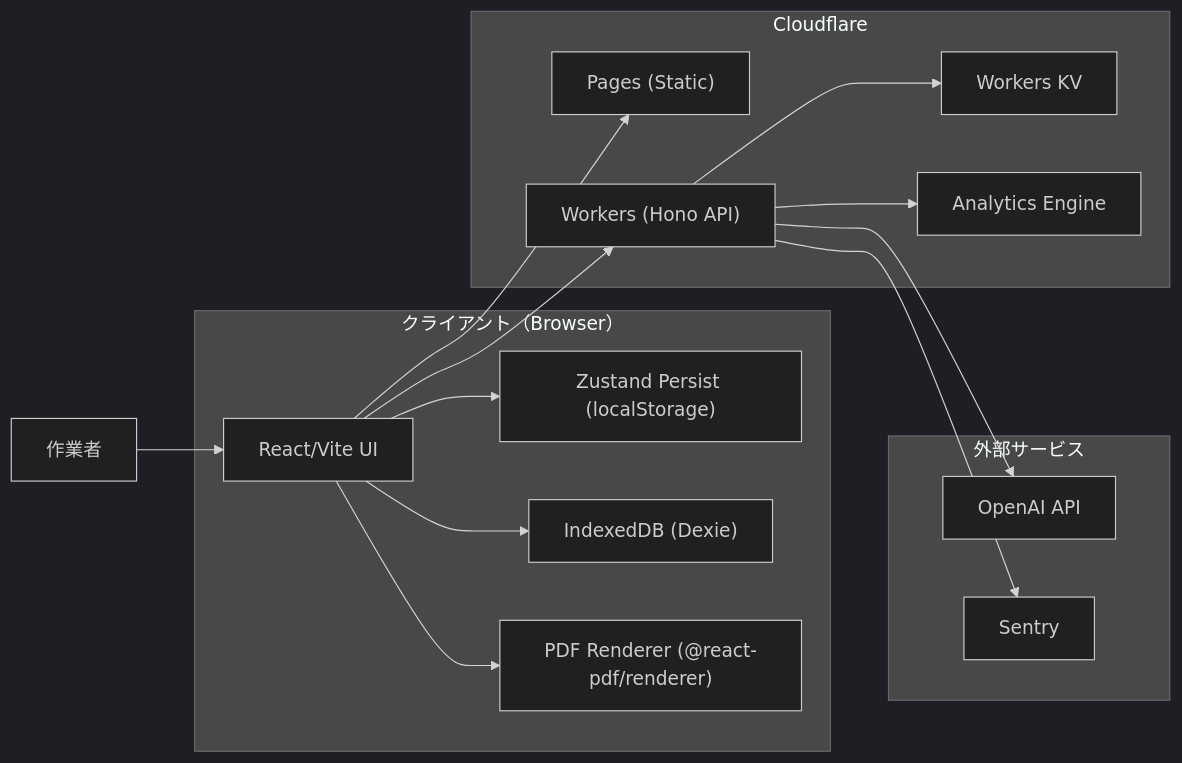
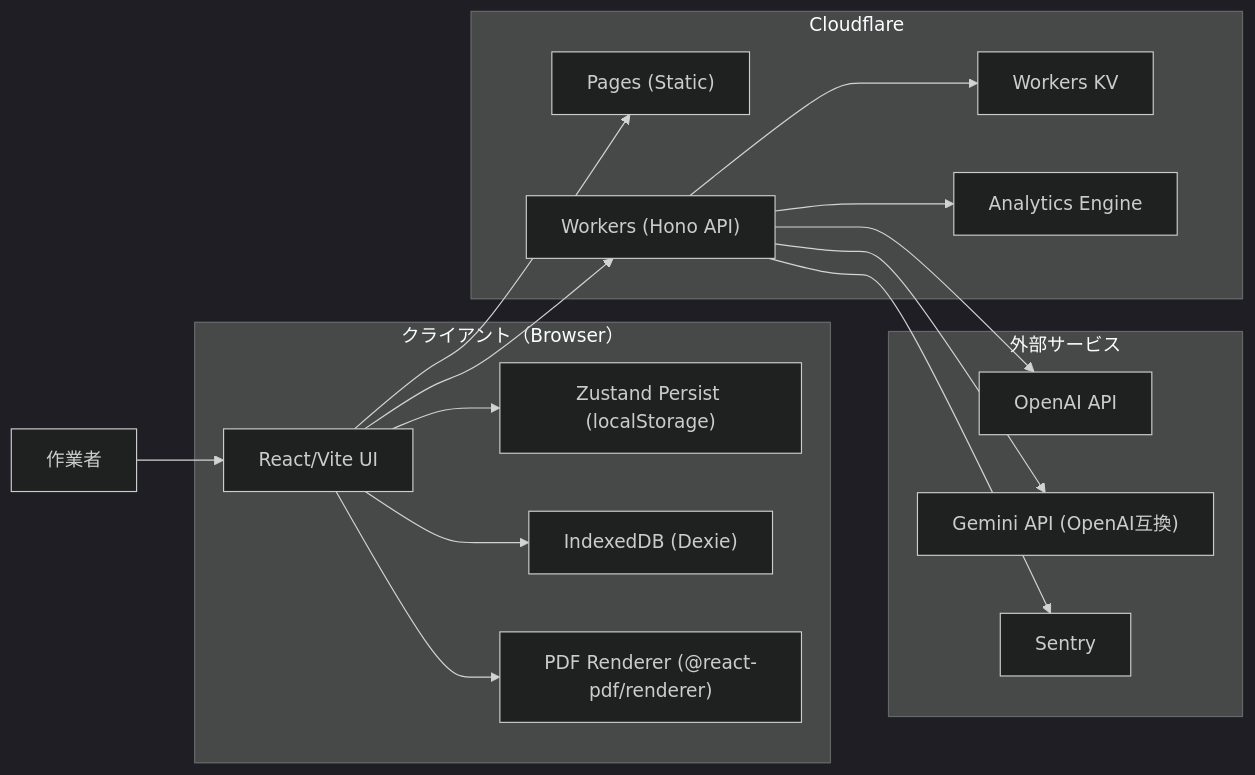
Before and after one commit to Ibar-Aki/solar-aldrin: the second of 5 diagrams in apps/v2-modern/docs/30_design/01_System_Architecture.md, drawn with Mermaid (dark theme). The commit also changed other lines of this file and 20 other files, not shown here.

````diff
--- a/apps/v2-modern/docs/30_design/01_System_Architecture.md
+++ b/apps/v2-modern/docs/30_design/01_System_Architecture.md
@@ -41,32 +43,34 @@
 ```mermaid
 flowchart LR
   subgraph Client["クライアント（Browser）"]
     UI["React/Vite UI"]
     Store["Zustand Persist (localStorage)"]
     DB["IndexedDB (Dexie)"]
     PDF["PDF Renderer (@react-pdf/renderer)"]
   end
 
   subgraph Cloudflare["Cloudflare"]
     Pages["Pages (Static)"]
     Workers["Workers (Hono API)"]
     KV["Workers KV"]
     AE["Analytics Engine"]
   end
 
   subgraph External["外部サービス"]
     OpenAI["OpenAI API"]
+    Gemini["Gemini API (OpenAI互換)"]
     Sentry["Sentry"]
   end
 
   User["作業者"] --> UI
   UI --> Pages
   UI --> Workers
   Workers --> OpenAI
+  Workers --> Gemini
   Workers --> KV
   Workers --> AE
   Workers --> Sentry
   UI --> Store
   UI --> DB
   UI --> PDF
 ```
````
